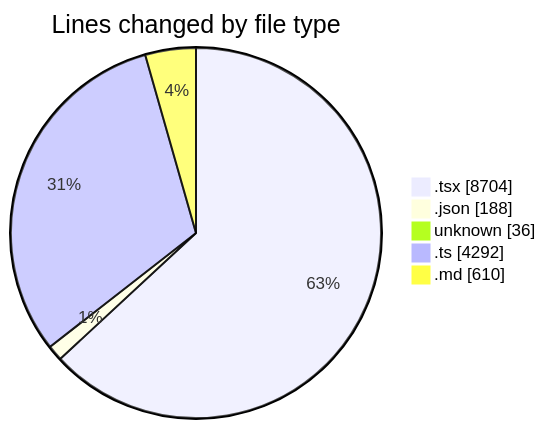
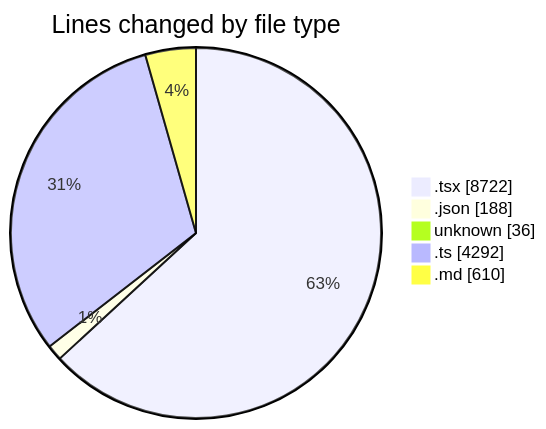
One commit to ernivani/code-tracking changed the first of 2 diagrams in 2025-01-03/tinycms/README.md. Above: the diagram before and after it, drawn with Mermaid. The commit also changed other lines of this file and 5 other files, not shown here.

````diff
--- a/2025-01-03/tinycms/README.md
+++ b/2025-01-03/tinycms/README.md
@@ -64,9 +64,9 @@
 ```mermaid
 pie showData
 title Lines changed by file type
-".tsx" : 8704
+".tsx" : 8722
 ".json" : 188
 "unknown" : 36
 ".ts" : 4292
 ".md" : 610
 ```
````
